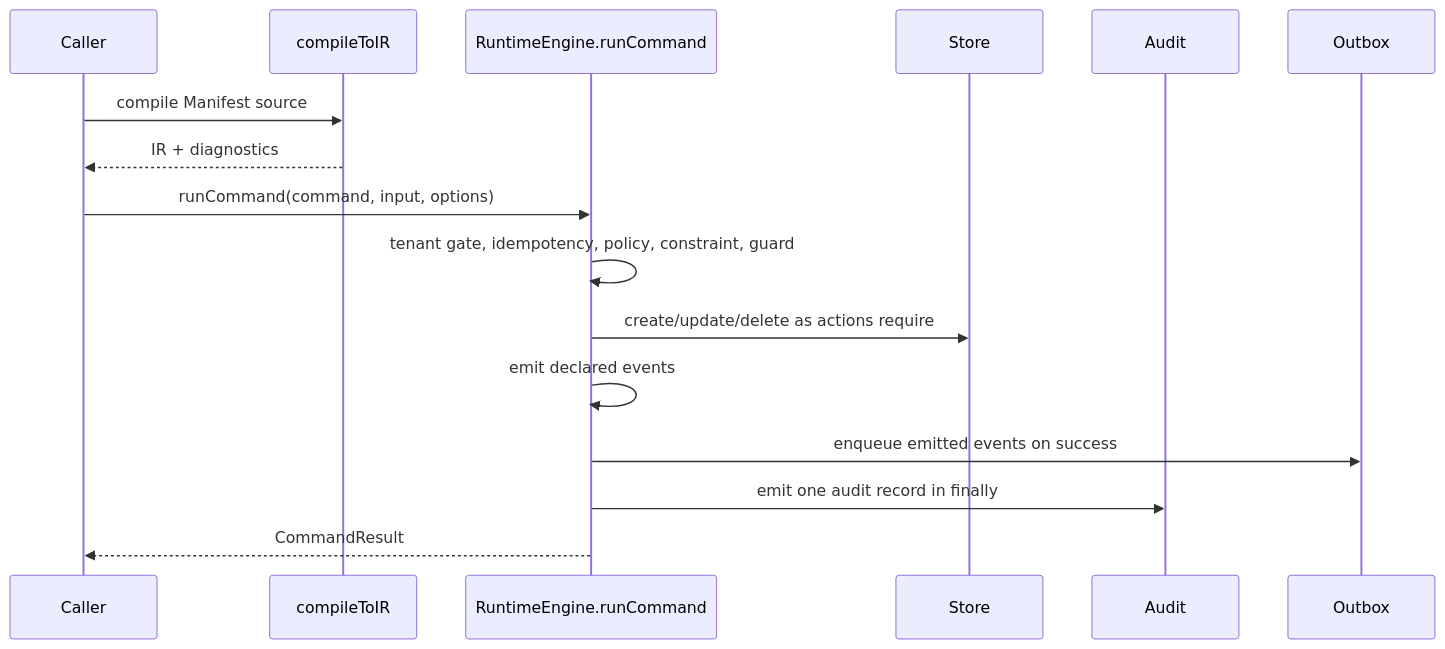
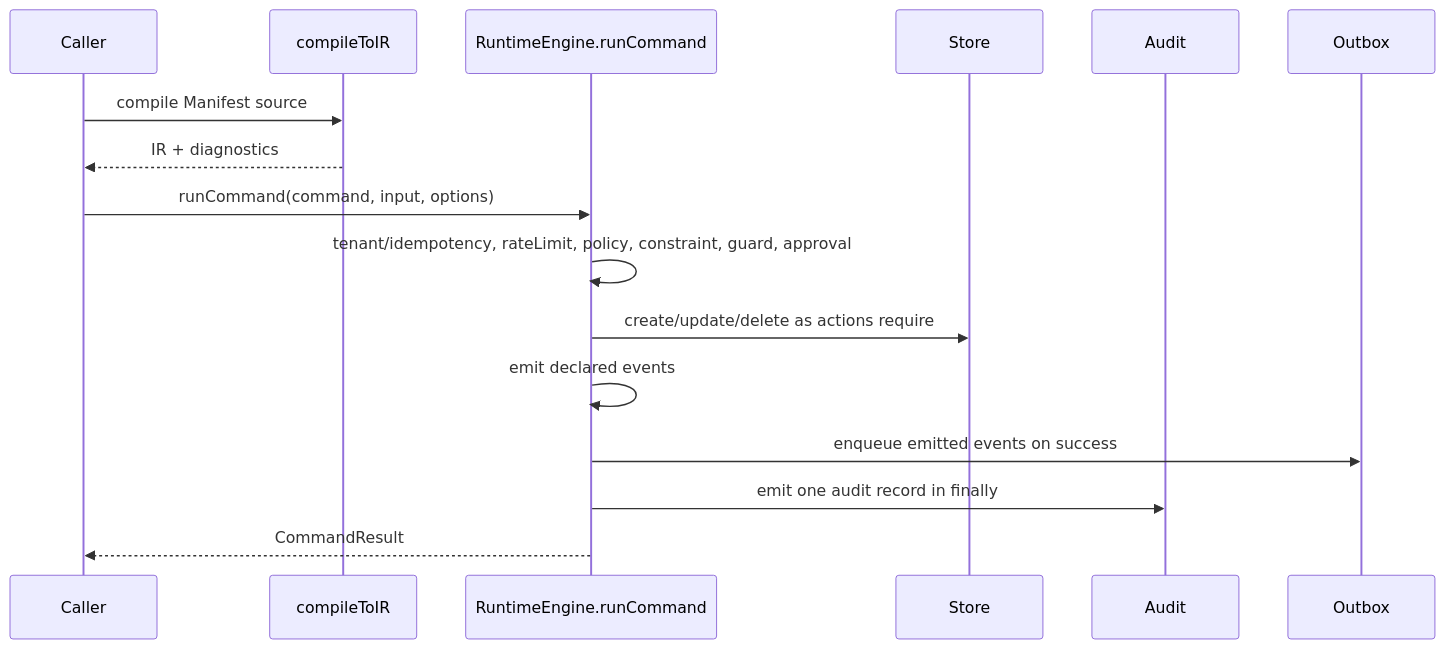
One commit to Angriff36/Manifest changed the second of 2 diagrams in docs/reference/architecture.md. Above: the diagram before and after it, drawn with Mermaid. The commit also changed other lines of this file and 138 other files, not shown here.

````diff
--- a/docs/reference/architecture.md
+++ b/docs/reference/architecture.md
@@ -64,19 +73,19 @@
 ```mermaid
 sequenceDiagram
   participant Caller
   participant Compiler as compileToIR
   participant Runtime as RuntimeEngine.runCommand
   participant Store
   participant Audit
   participant Outbox
 
   Caller->>Compiler: compile Manifest source
   Compiler-->>Caller: IR + diagnostics
   Caller->>Runtime: runCommand(command, input, options)
-  Runtime->>Runtime: tenant gate, idempotency, policy, constraint, guard
+  Runtime->>Runtime: tenant/idempotency, rateLimit, policy, constraint, guard, approval
   Runtime->>Store: create/update/delete as actions require
   Runtime->>Runtime: emit declared events
   Runtime->>Outbox: enqueue emitted events on success
   Runtime->>Audit: emit one audit record in finally
   Runtime-->>Caller: CommandResult
 ```
````
